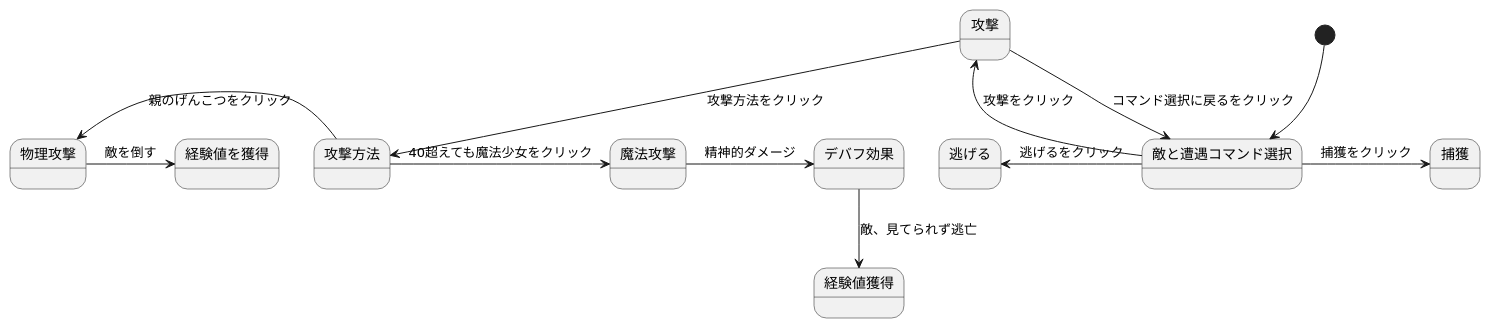
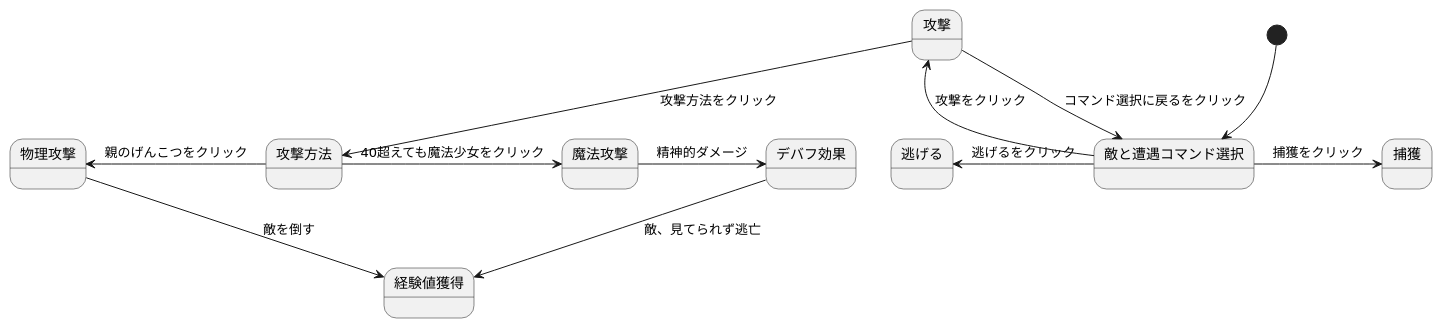
One commit to Aso2001196/2021sys-design changed the diagram in stm01.md. Above: the diagram before and after it, drawn with PlantUML.

````diff
--- a/stm01.md
+++ b/stm01.md
@@ -1,15 +1,15 @@
 ```uml
 @startuml
 [*]--> 敵と遭遇コマンド選択
 敵と遭遇コマンド選択 -> 捕獲 : 捕獲をクリック
 敵と遭遇コマンド選択-left-> 逃げる : 逃げるをクリック
 敵と遭遇コマンド選択--> 攻撃 : 攻撃をクリック
 攻撃 --> 攻撃方法 : 攻撃方法をクリック
 攻撃 --> 敵と遭遇コマンド選択: コマンド選択に戻るをクリック
 攻撃方法 -left-> 物理攻撃 : 親のげんこつをクリック
-物理攻撃 -> 経験値を獲得 : 敵を倒す
+物理攻撃 -> 経験値獲得 : 敵を倒す
 攻撃方法 -> 魔法攻撃 : 40超えても魔法少女をクリック
 魔法攻撃 -> デバフ効果 : 精神的ダメージ
 デバフ効果 -down-> 経験値獲得 : 敵、見てられず逃亡
 @enduml
 ```
````
